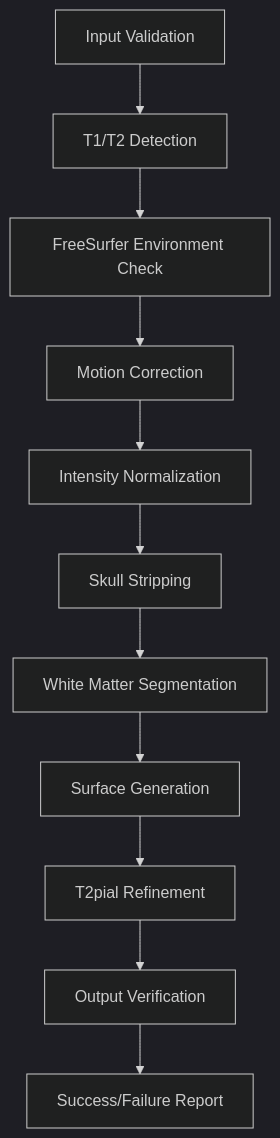
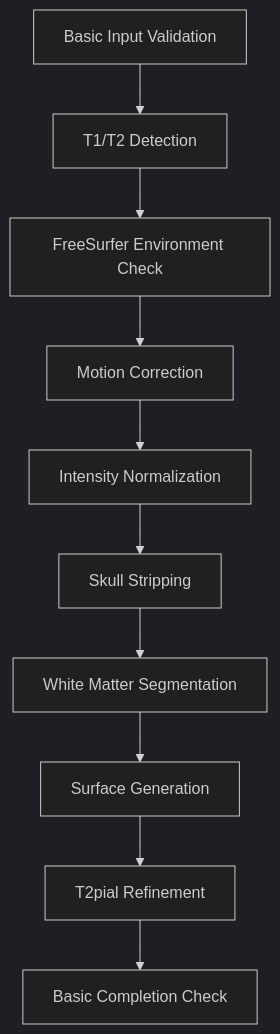
The second of 4 diagrams in docs/wiki/pre-processing.md (idossha/TI-Toolbox), drawn with Mermaid (dark theme) before and after one commit. The commit also changed other lines of this file and 1 other file, not shown here.

````diff
--- a/docs/wiki/pre-processing.md
+++ b/docs/wiki/pre-processing.md
@@ -119,13 +120,12 @@
 ```mermaid
 graph TD
-    A[Input Validation] --> B[T1/T2 Detection]
+    A[Basic Input Validation] --> B[T1/T2 Detection]
     B --> C[FreeSurfer Environment Check]
     C --> D[Motion Correction]
     D --> E[Intensity Normalization]
     E --> F[Skull Stripping]
     F --> G[White Matter Segmentation]
     G --> H[Surface Generation]
     H --> I[T2pial Refinement]
-    I --> J[Output Verification]
-    J --> K[Success/Failure Report]
+    I --> J[Basic Completion Check]
 ```
````
